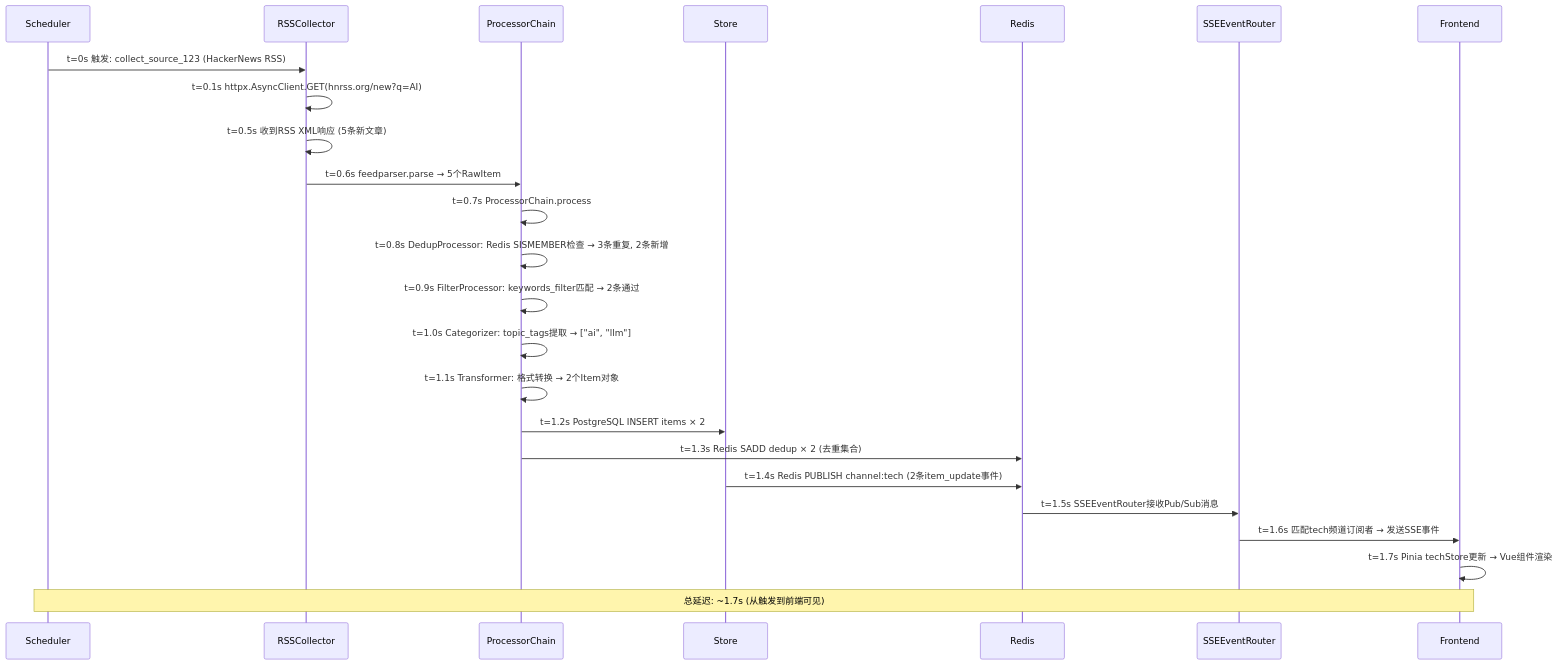
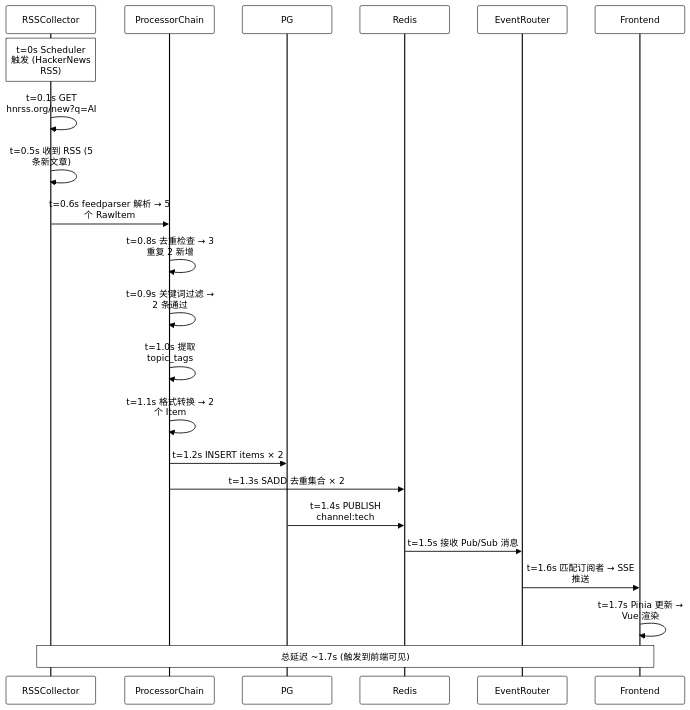
Before and after one commit to onceme/instantboard: diagram 11 of 12 in docs/design/data-flow.md, drawn with Mermaid. The commit also changed other lines of this file and 11 other files, not shown here.

Commit message:
docs: unify mermaid diagrams to black-and-white orthogonal style

````diff
--- a/docs/design/data-flow.md
+++ b/docs/design/data-flow.md
@@ -566,28 +601,27 @@
 ```mermaid
+%%{init: {"theme": "base", "themeVariables": {"background": "#ffffff", "actorBkg": "#ffffff", "actorBorder": "#000000", "actorTextColor": "#000000", "actorLineColor": "#000000", "noteBkgColor": "#ffffff", "noteTextColor": "#000000", "noteBorderColor": "#000000", "activationBkgColor": "#ffffff", "activationBorderColor": "#000000", "signalColor": "#000000", "signalTextColor": "#000000", "labelBoxBkgColor": "#ffffff", "labelBoxBorderColor": "#000000", "labelTextColor": "#000000", "loopTextColor": "#000000", "altSectionBkgColor": "#ffffff", "sequenceNumberColor": "#000000", "fontSize": "14px"}, "sequence": {"mirrorActors": true, "actorMargin": 50, "width": 160, "height": 50, "messageMargin": 40, "noteMargin": 10, "boxMargin": 8, "wrap": true}}}%%
 sequenceDiagram
-    participant Scheduler
-    participant RSSCollector
-    participant ProcessorChain
-    participant Store
+    participant Collector as RSSCollector
+    participant Chain as ProcessorChain
+    participant PG
     participant Redis
-    participant SSEEventRouter
+    participant Router as EventRouter
     participant Frontend
 
-    Scheduler->>RSSCollector: t=0s 触发: collect_source_123 (HackerNews RSS)
-    RSSCollector->>RSSCollector: t=0.1s httpx.AsyncClient.GET(hnrss.org/new?q=AI)
-    RSSCollector->>RSSCollector: t=0.5s 收到RSS XML响应 (5条新文章)
-    RSSCollector->>ProcessorChain: t=0.6s feedparser.parse → 5个RawItem
-    ProcessorChain->>ProcessorChain: t=0.7s ProcessorChain.process
-    ProcessorChain->>ProcessorChain: t=0.8s DedupProcessor: Redis SISMEMBER检查 → 3条重复, 2条新增
-    ProcessorChain->>ProcessorChain: t=0.9s FilterProcessor: keywords_filter匹配 → 2条通过
-    ProcessorChain->>ProcessorChain: t=1.0s Categorizer: topic_tags提取 → ["ai", "llm"]
-    ProcessorChain->>ProcessorChain: t=1.1s Transformer: 格式转换 → 2个Item对象
-    ProcessorChain->>Store: t=1.2s PostgreSQL INSERT items × 2
-    ProcessorChain->>Redis: t=1.3s Redis SADD dedup × 2 (去重集合)
-    Store->>Redis: t=1.4s Redis PUBLISH channel:tech (2条item_update事件)
-    Redis->>SSEEventRouter: t=1.5s SSEEventRouter接收Pub/Sub消息
-    SSEEventRouter->>Frontend: t=1.6s 匹配tech频道订阅者 → 发送SSE事件
-    Frontend->>Frontend: t=1.7s Pinia techStore更新 → Vue组件渲染
+    Note over Collector: t=0s Scheduler 触发 (HackerNews RSS)
+    Collector->>Collector: t=0.1s GET hnrss.org/new?q=AI
+    Collector->>Collector: t=0.5s 收到 RSS (5 条新文章)
+    Collector->>Chain: t=0.6s feedparser 解析 → 5 个 RawItem
+    Chain->>Chain: t=0.8s 去重检查 → 3 重复 2 新增
+    Chain->>Chain: t=0.9s 关键词过滤 → 2 条通过
+    Chain->>Chain: t=1.0s 提取 topic_tags
+    Chain->>Chain: t=1.1s 格式转换 → 2 个 Item
+    Chain->>PG: t=1.2s INSERT items × 2
+    Chain->>Redis: t=1.3s SADD 去重集合 × 2
+    PG->>Redis: t=1.4s PUBLISH channel:tech
+    Redis->>Router: t=1.5s 接收 Pub/Sub 消息
+    Router->>Frontend: t=1.6s 匹配订阅者 → SSE 推送
+    Frontend->>Frontend: t=1.7s Pinia 更新 → Vue 渲染
 
-    Note over Scheduler,Frontend: 总延迟: ~1.7s (从触发到前端可见)
+    Note over Collector,Frontend: 总延迟 ~1.7s (触发到前端可见)
 ```
````
